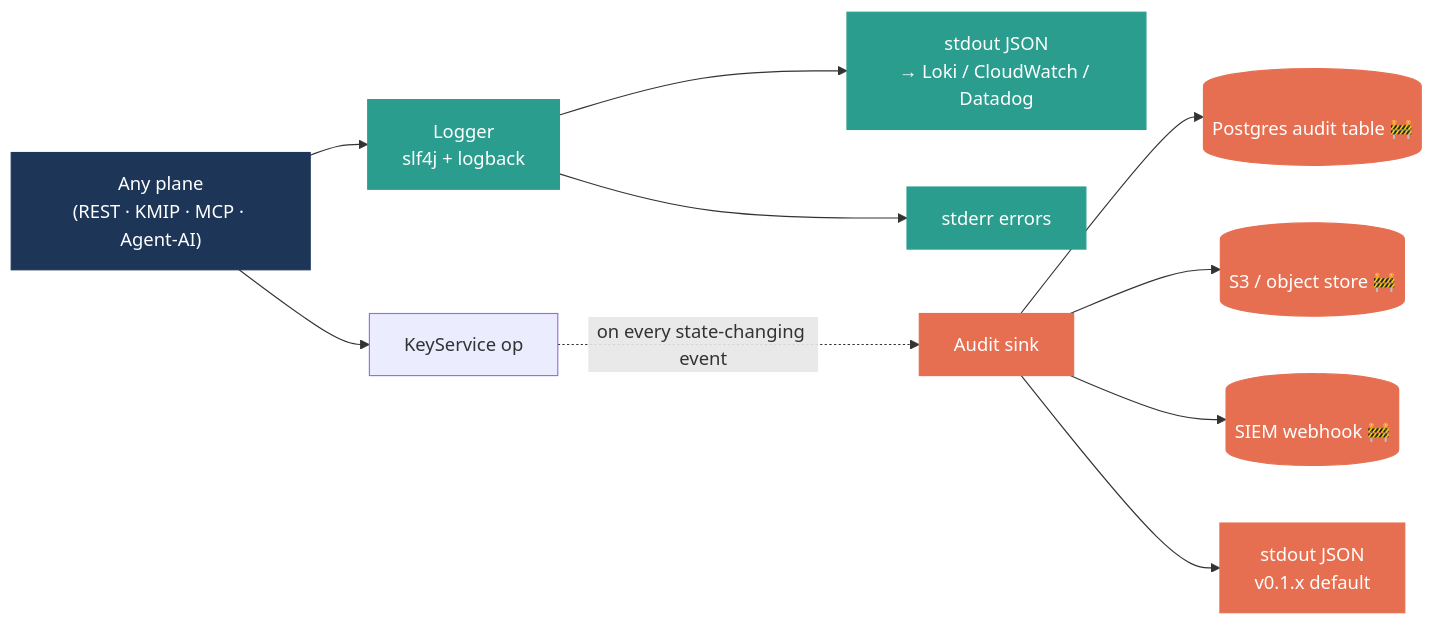
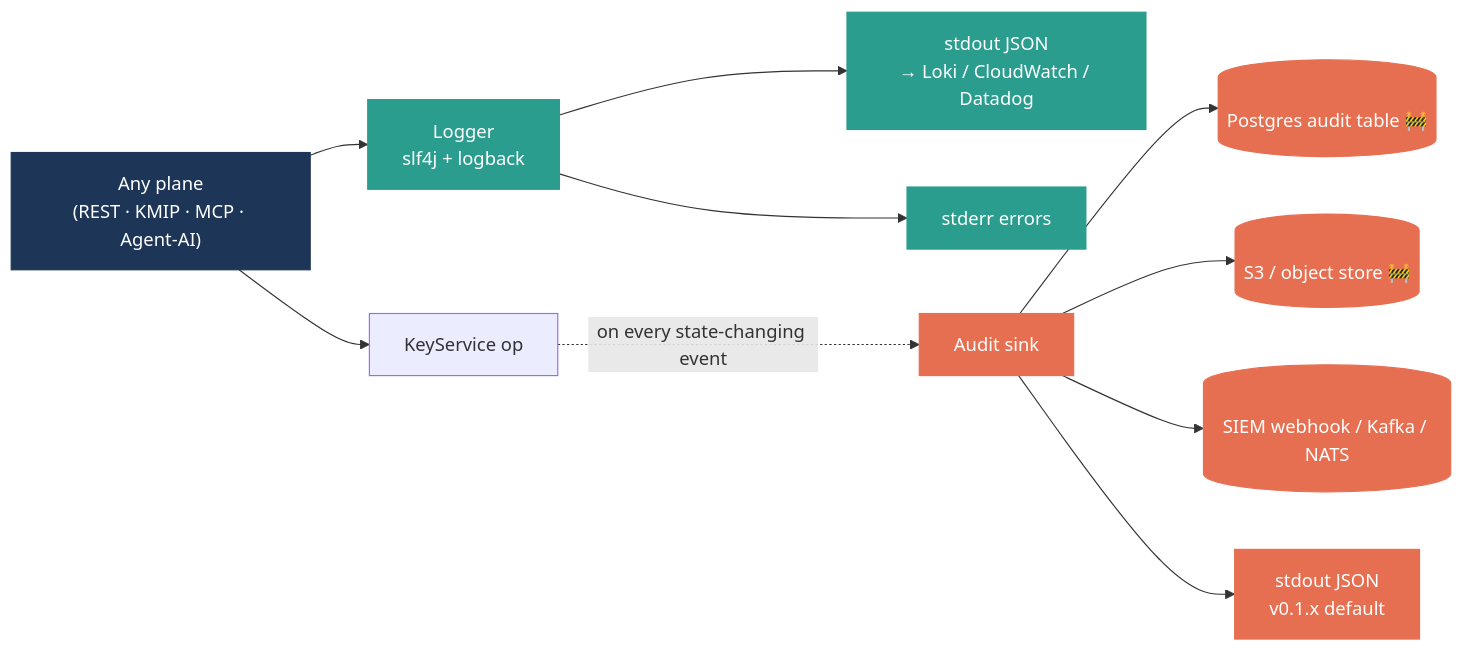
The fourth of 5 diagrams in docs/ARCHITECTURE.md (sharma-bhaskar/aegis-kms), drawn with Mermaid before and after one commit. The commit also changed other lines of this file and 10 other files, not shown here.

First line of the commit message:
feat(audit+server): Kafka + NATS JetStream audit fan-out sinks (closes #22, closes #23) (#87)

````diff
--- a/docs/ARCHITECTURE.md
+++ b/docs/ARCHITECTURE.md
@@ -250,16 +250,16 @@
 ```mermaid
 flowchart LR
     classDef plane  fill:#1d3557,stroke:#1d3557,color:#fff
     classDef ops    fill:#2a9d8f,stroke:#2a9d8f,color:#fff
     classDef audit  fill:#e76f51,stroke:#e76f51,color:#fff
 
     plane["Any plane<br/>(REST · KMIP · MCP · Agent-AI)"]:::plane --> logger[Logger<br/>slf4j + logback]:::ops
     plane --> svc[KeyService op]
     logger --> stdout[stdout JSON<br/>→ Loki / CloudWatch / Datadog]:::ops
     logger --> stderr[stderr errors]:::ops
     svc -. on every state-changing event .-> sink[Audit sink]:::audit
     sink --> pg[(Postgres audit table 🚧)]:::audit
     sink --> obj[(S3 / object store 🚧)]:::audit
-    sink --> siem[(SIEM webhook 🚧)]:::audit
+    sink --> siem[(SIEM webhook / Kafka / NATS)]:::audit
     sink --> sout[stdout JSON<br/>v0.1.x default]:::audit
 ```
````
